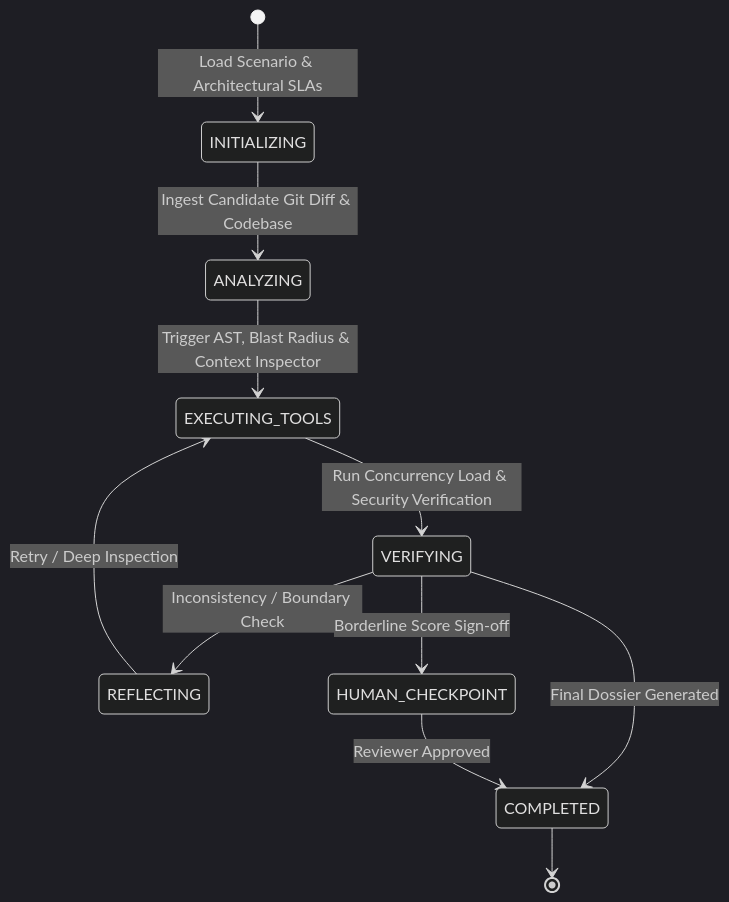
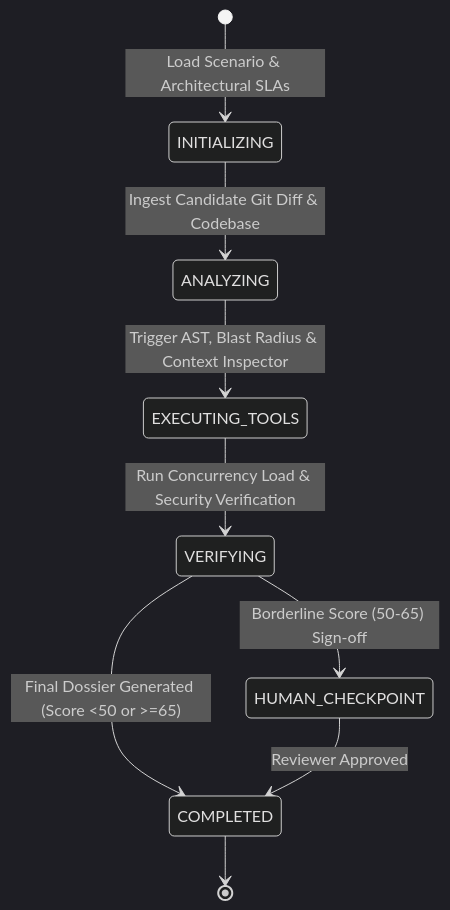
One commit to FFernandes4280/Frontier-Engineering-Challenge-2026 changed the second of 2 diagrams in README.md. Above: the diagram before and after it, drawn with Mermaid (dark theme). The commit also changed other lines of this file and 1 other file, not shown here.

Commit message:
docs: add dual-application thesis, prompt engineering boundary analysis, roadmap, and reproduction guide

````diff
--- a/README.md
+++ b/README.md
@@ -83,13 +97,11 @@
 ```mermaid
 stateDiagram-v2
     [*] --> INITIALIZING: Load Scenario & Architectural SLAs
     INITIALIZING --> ANALYZING: Ingest Candidate Git Diff & Codebase
     ANALYZING --> EXECUTING_TOOLS: Trigger AST, Blast Radius & Context Inspector
     EXECUTING_TOOLS --> VERIFYING: Run Concurrency Load & Security Verification
-    VERIFYING --> REFLECTING: Inconsistency / Boundary Check
-    REFLECTING --> EXECUTING_TOOLS: Retry / Deep Inspection
-    VERIFYING --> HUMAN_CHECKPOINT: Borderline Score Sign-off
-    VERIFYING --> COMPLETED: Final Dossier Generated
+    VERIFYING --> HUMAN_CHECKPOINT: Borderline Score (50-65) Sign-off
+    VERIFYING --> COMPLETED: Final Dossier Generated (Score <50 or >=65)
     HUMAN_CHECKPOINT --> COMPLETED: Reviewer Approved
     COMPLETED --> [*]
 ```
````
